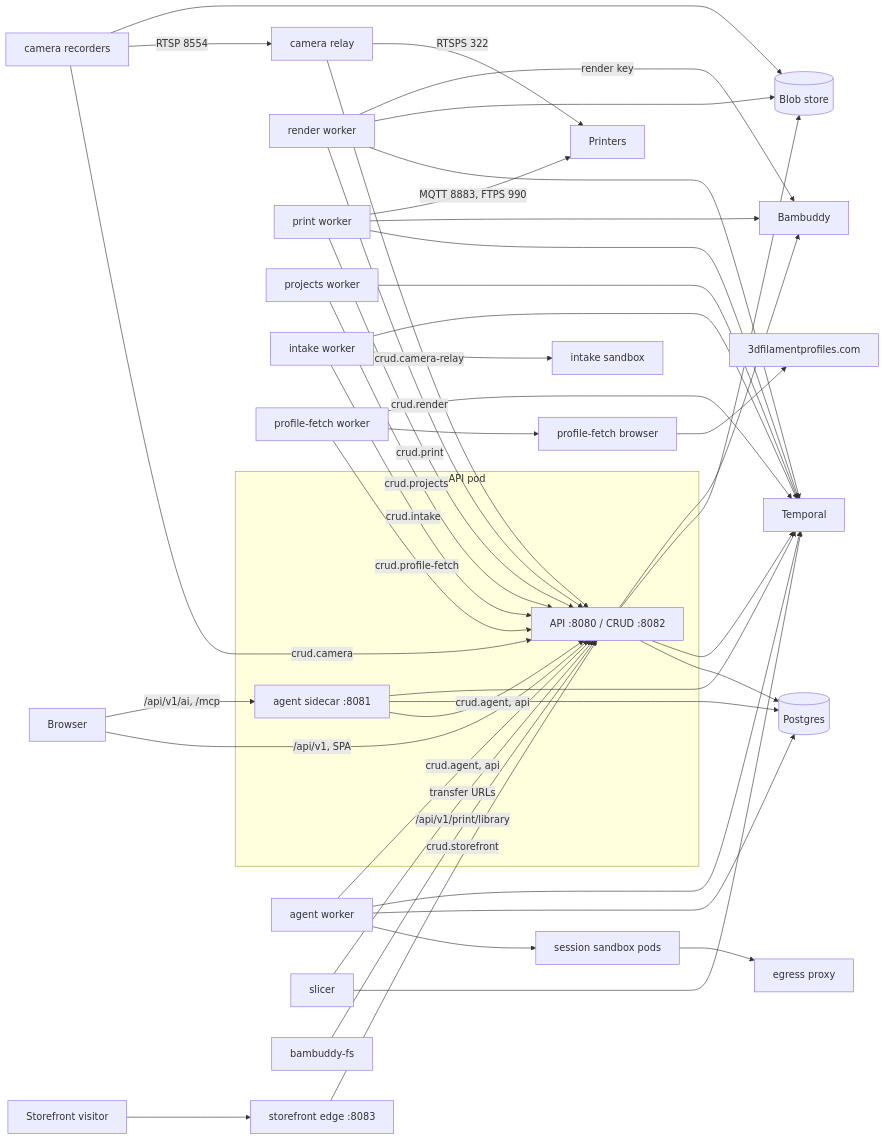
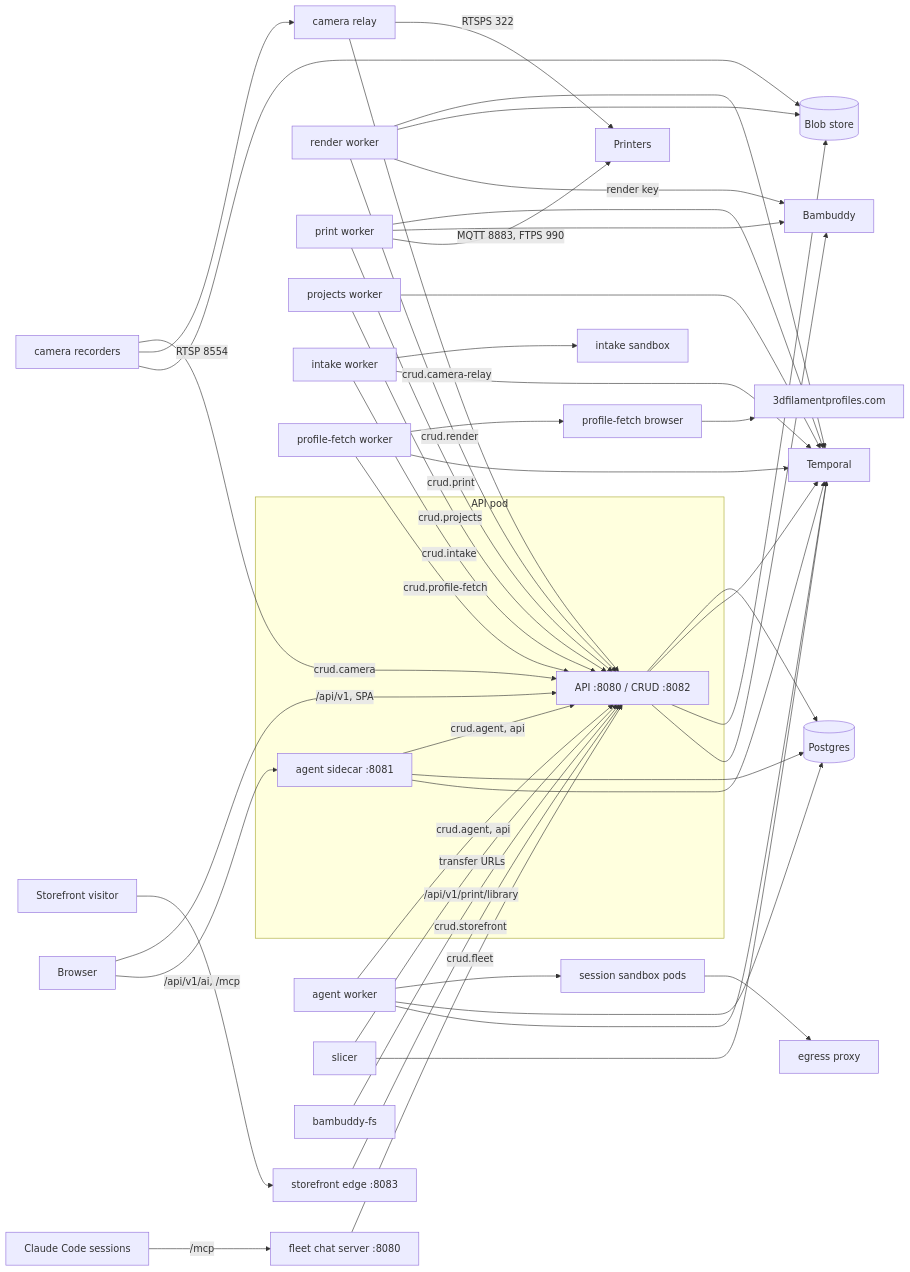
The diagram in docs/architecture/processes.md (eh-homelab/ScadBuddy), drawn with Mermaid before and after one commit. The commit also changed other lines of this file and 4 other files, not shown here.

First line of the commit message:
docs: the fleet chat server in the system map

````diff
--- a/docs/architecture/processes.md
+++ b/docs/architecture/processes.md
@@ -36,36 +37,38 @@
 ```mermaid
 flowchart LR
     subgraph apiPod[API pod]
         API[API :8080 / CRUD :8082]
         AS[agent sidecar :8081]
     end
     Browser -->|/api/v1, SPA| API
     Browser -->|/api/v1/ai, /mcp| AS
     Visitor[Storefront visitor] --> Edge[storefront edge :8083]
     Edge -->|crud.storefront| API
     RW[render worker] -->|crud.render| API
     PW[print worker] -->|crud.print| API
     PJ[projects worker] -->|crud.projects| API
     IW[intake worker] -->|crud.intake| API
     IW --> ISB[intake sandbox]
     PF[profile-fetch worker] -->|crud.profile-fetch| API
     PF --> PFB[profile-fetch browser] --> TDFP[3dfilamentprofiles.com]
     CR[camera relay] -->|crud.camera-relay| API
     CR -->|RTSPS 322| PR
     CREC[camera recorders] -->|crud.camera| API
     CREC -->|RTSP 8554| CR
     CREC --> S3
     AW[agent worker] -->|crud.agent, api| API
     AS -->|crud.agent, api| API
     AW --> SBX[session sandbox pods] --> EG[egress proxy]
     SL[slicer] -->|transfer URLs| API
+    FL[fleet chat server :8080] -->|crud.fleet| API
+    CC[Claude Code sessions] -->|/mcp| FL
     API --> PG[(Postgres)]
     AS --> PG
     AW --> PG
     API & RW & PW & PJ & IW & PF & AW & AS & SL --> T[Temporal]
     API & RW --> S3[(Blob store)]
     API & PW --> BB[Bambuddy]
     RW -->|render key| BB
     PW -->|MQTT 8883, FTPS 990| PR[Printers]
     FS[bambuddy-fs] -->|/api/v1/print/library| API
 ```
````
